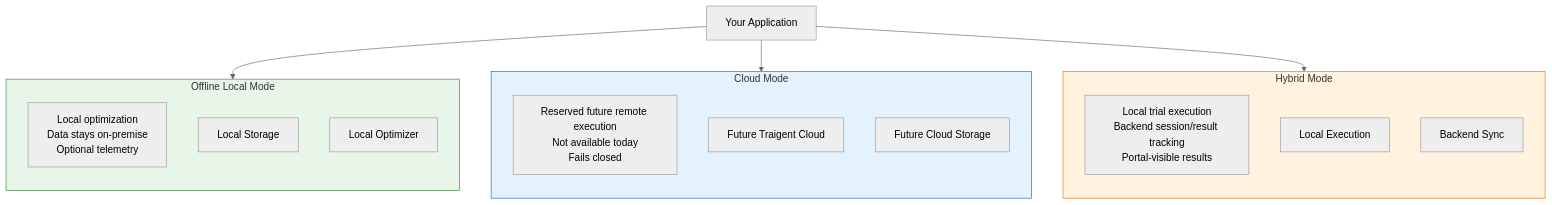
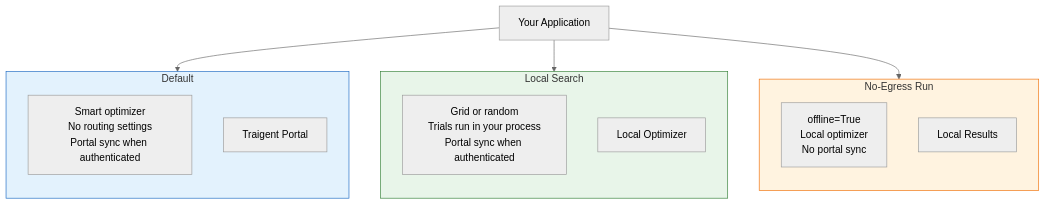
Before and after one commit to Traigent/Traigent: the fourth of 7 diagrams in docs/architecture/ARCHITECTURE.md, drawn with Mermaid (neutral theme). The commit also changed other lines of this file and 32 other files, not shown here.

First line of the commit message:
docs: purge legacy execution-mode vocabulary from quickstart, README, docs, examples

````diff
--- a/docs/architecture/ARCHITECTURE.md
+++ b/docs/architecture/ARCHITECTURE.md
@@ -197,31 +197,28 @@
 ```mermaid
 flowchart TB
-    subgraph EdgeAnalytics["Offline Local Mode"]
+    subgraph DefaultPath["Default"]
         direction TB
-        ea_desc["Local optimization<br/>Data stays on-premise<br/>Optional telemetry"]
-        ea_local["Local Storage"]
-        ea_opt["Local Optimizer"]
+        default_desc["Smart optimizer<br/>No routing settings<br/>Portal sync when authenticated"]
+        default_portal["Traigent Portal"]
     end
 
-    subgraph CloudMode["Cloud Mode"]
+    subgraph LocalSearch["Local Search"]
         direction TB
-        cloud_desc["Reserved future remote execution<br/>Not available today<br/>Fails closed"]
-        cloud_backend["Future Traigent Cloud"]
-        cloud_storage["Future Cloud Storage"]
+        local_desc["Grid or random<br/>Trials run in your process<br/>Portal sync when authenticated"]
+        local_opt["Local Optimizer"]
     end
 
-    subgraph HybridMode["Hybrid Mode"]
+    subgraph NoEgress["No-Egress Run"]
         direction TB
-        hybrid_desc["Local trial execution<br/>Backend session/result tracking<br/>Portal-visible results"]
-        hybrid_local["Local Execution"]
-        hybrid_sync["Backend Sync"]
+        noegress_desc["offline=True<br/>Local optimizer<br/>No portal sync"]
+        local_store["Local Results"]
     end
 
-    User["Your Application"] --> EdgeAnalytics
-    User --> CloudMode
-    User --> HybridMode
+    User["Your Application"] --> DefaultPath
+    User --> LocalSearch
+    User --> NoEgress
 
-    style EdgeAnalytics fill:#e8f5e9,stroke:#2e7d32
-    style CloudMode fill:#e3f2fd,stroke:#1565c0
-    style HybridMode fill:#fff3e0,stroke:#ef6c00
+    style DefaultPath fill:#e3f2fd,stroke:#1565c0
+    style LocalSearch fill:#e8f5e9,stroke:#2e7d32
+    style NoEgress fill:#fff3e0,stroke:#ef6c00
 ```
````
